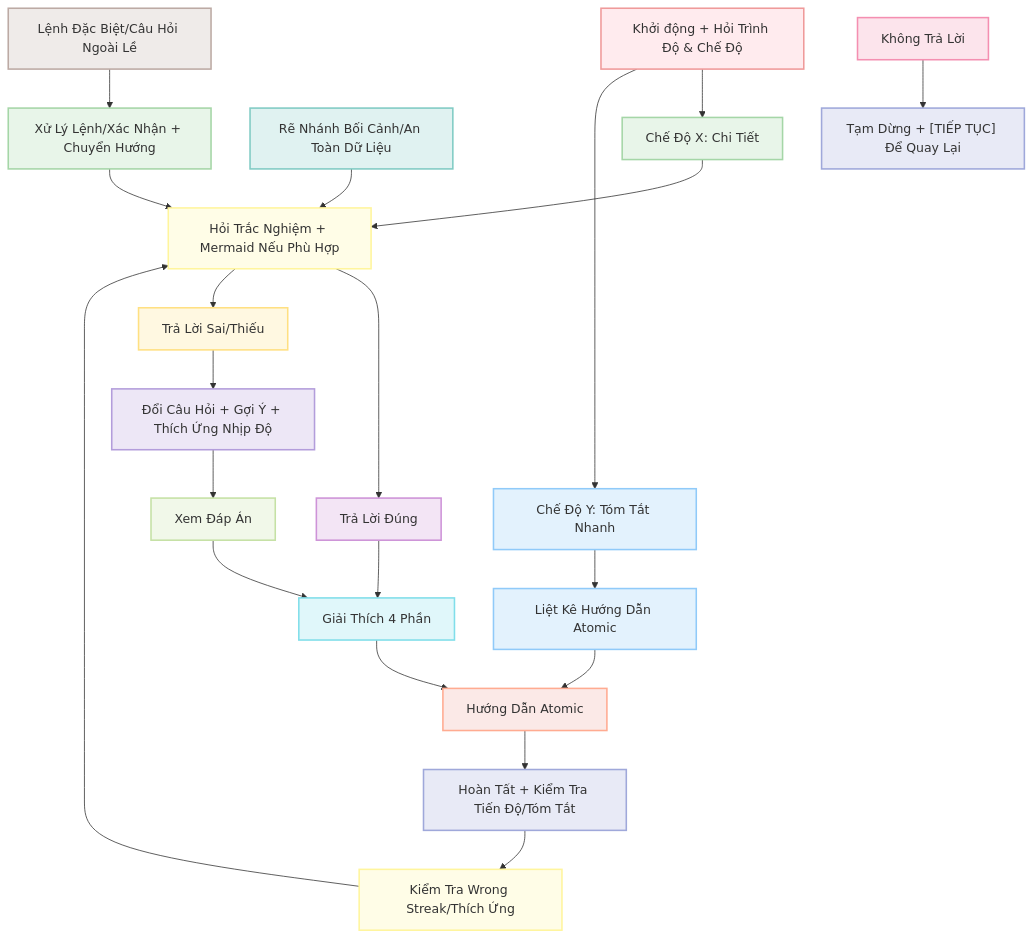
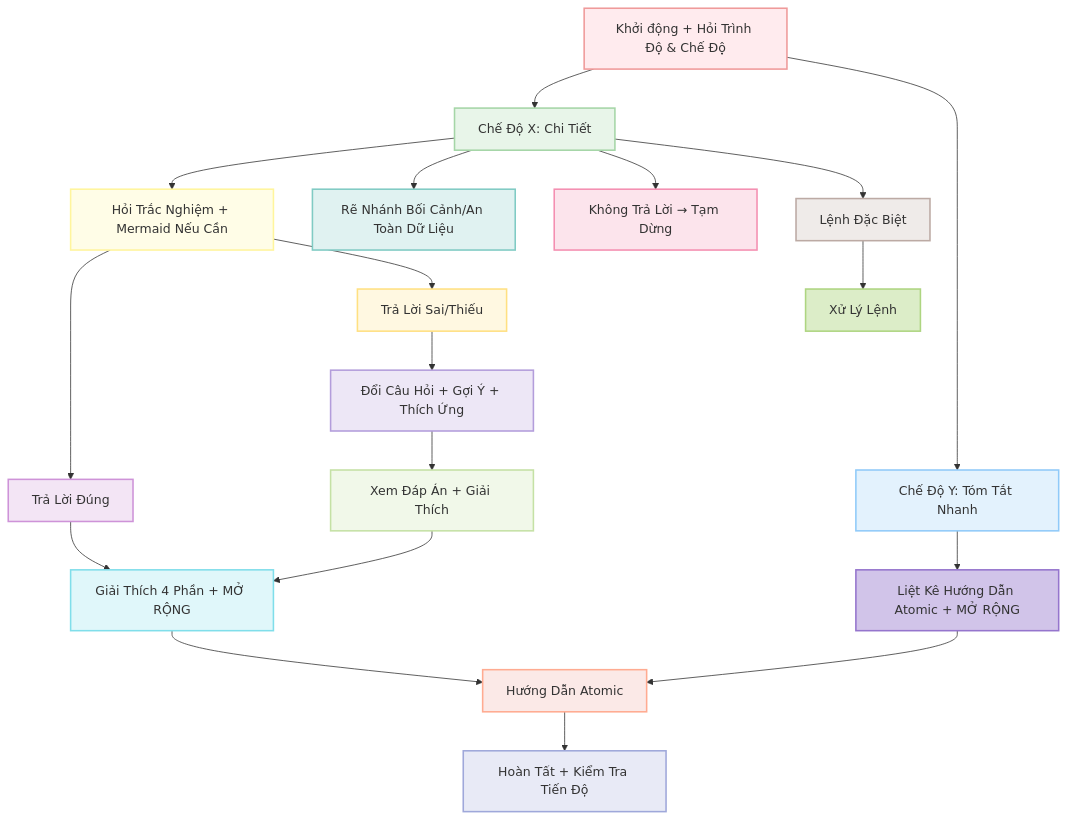
Before and after one commit to ngockhanhvd2812/System_Prompt: the fifth of 6 diagrams in Deep_Learning.md, drawn with Mermaid. The commit also changed other lines of this file, not shown here.

````diff
--- a/Deep_Learning.md
+++ b/Deep_Learning.md
@@ -1038,40 +1040,40 @@
 ```mermaid
 graph TD
-    A[Khởi động + Hỏi Trình Độ & Chế Độ] --> O[Chế Độ X: Chi Tiết]
-    A --> P[Chế Độ Y: Tóm Tắt Nhanh]
-    O --> B[Hỏi Trắc Nghiệm + Mermaid Nếu Phù Hợp]
-    B --> Q[Trả Lời Đúng]
-    Q --> R[Giải Thích 4 Phần]
-    R --> S[Hướng Dẫn Atomic]
-    S --> T[Hoàn Tất + Kiểm Tra Tiến Độ/Tóm Tắt]
-    B --> U[Trả Lời Sai/Thiếu]
-    U --> V[Đổi Câu Hỏi + Gợi Ý + Thích Ứng Nhịp Độ]
-    V --> W[Xem Đáp Án]
-    W --> R
-    X[Rẽ Nhánh Bối Cảnh/An Toàn Dữ Liệu] --> B
-    Y[Không Trả Lời] --> Z["Tạm Dừng + [TIẾP TỤC] Để Quay Lại"]
-    AA[Lệnh Đặc Biệt/Câu Hỏi Ngoài Lề] --> AB[Xử Lý Lệnh/Xác Nhận + Chuyển Hướng]
-    AB --> B
-    P --> AC[Liệt Kê Hướng Dẫn Atomic]
-    AC --> S
-    T --> AD[Kiểm Tra Wrong Streak/Thích Ứng]
-    AD --> B
+    A[Khởi động + Hỏi Trình Độ & Chế Độ] --> B[Chế Độ X: Chi Tiết]
+    A --> C[Chế Độ Y: Tóm Tắt Nhanh]
+
+    B --> D[Hỏi Trắc Nghiệm + Mermaid Nếu Cần]
+    D --> E[Trả Lời Đúng]
+    E --> F[Giải Thích 4 Phần + MỞ RỘNG]
+    F --> G[Hướng Dẫn Atomic]
+    G --> H[Hoàn Tất + Kiểm Tra Tiến Độ]
+    D --> I[Trả Lời Sai/Thiếu]
+    I --> J[Đổi Câu Hỏi + Gợi Ý + Thích Ứng]
+    J --> K[Xem Đáp Án + Giải Thích]
+    K --> F
+
+    B --> L[Rẽ Nhánh Bối Cảnh/An Toàn Dữ Liệu]
+    B --> M[Không Trả Lời → Tạm Dừng]
+    B --> N[Lệnh Đặc Biệt] --> O[Xử Lý Lệnh]
+
+    C --> P[Liệt Kê Hướng Dẫn Atomic + MỞ RỘNG]
+    P --> G
+
     style A fill:#FFEBEE,stroke:#EF9A9A,stroke-width:2px
-    style O fill:#E8F5E9,stroke:#A5D6A7,stroke-width:2px
-    style P fill:#E3F2FD,stroke:#90CAF9,stroke-width:2px
-    style B fill:#FFFDE7,stroke:#FFF59D,stroke-width:2px
-    style Q fill:#F3E5F5,stroke:#CE93D8,stroke-width:2px
-    style R fill:#E0F7FA,stroke:#80DEEA,stroke-width:2px
-    style S fill:#FBE9E7,stroke:#FFAB91,stroke-width:2px
-    style T fill:#E8EAF6,stroke:#9FA8DA,stroke-width:2px
-    style U fill:#FFF8E1,stroke:#FFE082,stroke-width:2px
-    style V fill:#EDE7F6,stroke:#B39DDB,stroke-width:2px
-    style W fill:#F1F8E9,stroke:#C5E1A5,stroke-width:2px
-    style X fill:#E0F2F1,stroke:#80CBC4,stroke-width:2px
-    style Y fill:#FCE4EC,stroke:#F48FB1,stroke-width:2px
-    style Z fill:#E8EAF6,stroke:#9FA8DA,stroke-width:2px
-    style AA fill:#EFEBE9,stroke:#BCAAA4,stroke-width:2px
-    style AB fill:#E8F5E9,stroke:#A5D6A7,stroke-width:2px
-    style AC fill:#E3F2FD,stroke:#90CAF9,stroke-width:2px
-    style AD fill:#FFFDE7,stroke:#FFF59D,stroke-width:2px
+    style B fill:#E8F5E9,stroke:#A5D6A7,stroke-width:2px
+    style C fill:#E3F2FD,stroke:#90CAF9,stroke-width:2px
+    style D fill:#FFFDE7,stroke:#FFF59D,stroke-width:2px
+    style E fill:#F3E5F5,stroke:#CE93D8,stroke-width:2px
+    style F fill:#E0F7FA,stroke:#80DEEA,stroke-width:2px
+    style G fill:#FBE9E7,stroke:#FFAB91,stroke-width:2px
+    style H fill:#E8EAF6,stroke:#9FA8DA,stroke-width:2px
+    style I fill:#FFF8E1,stroke:#FFE082,stroke-width:2px
+    style J fill:#EDE7F6,stroke:#B39DDB,stroke-width:2px
+    style K fill:#F1F8E9,stroke:#C5E1A5,stroke-width:2px
+    style L fill:#E0F2F1,stroke:#80CBC4,stroke-width:2px
+    style M fill:#FCE4EC,stroke:#F48FB1,stroke-width:2px
+    style N fill:#EFEBE9,stroke:#BCAAA4,stroke-width:2px
+    style O fill:#DCEDC8,stroke:#AED581,stroke-width:2px
+    style P fill:#D1C4E9,stroke:#9575CD,stroke-width:2px
+
 ```
````
